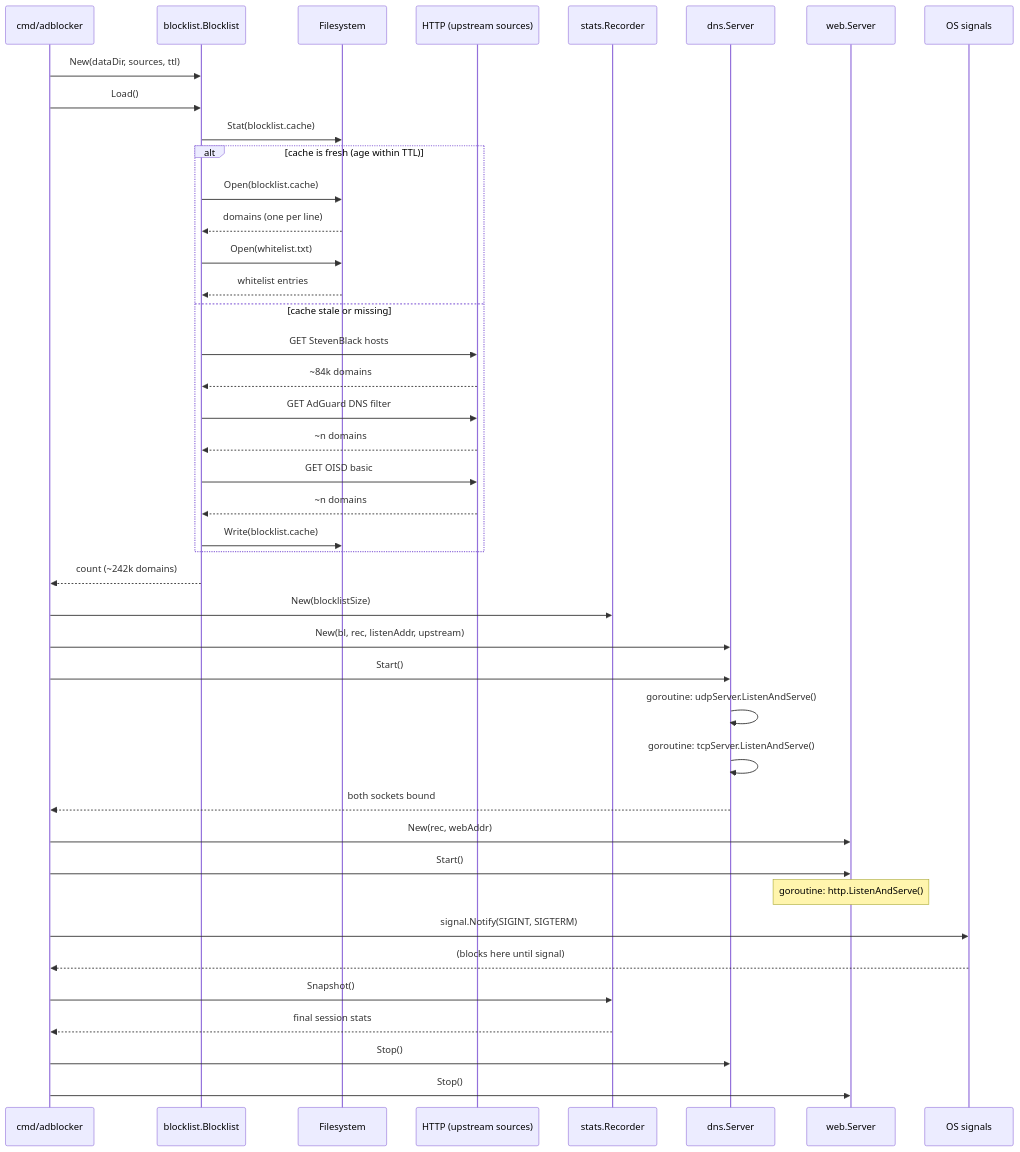
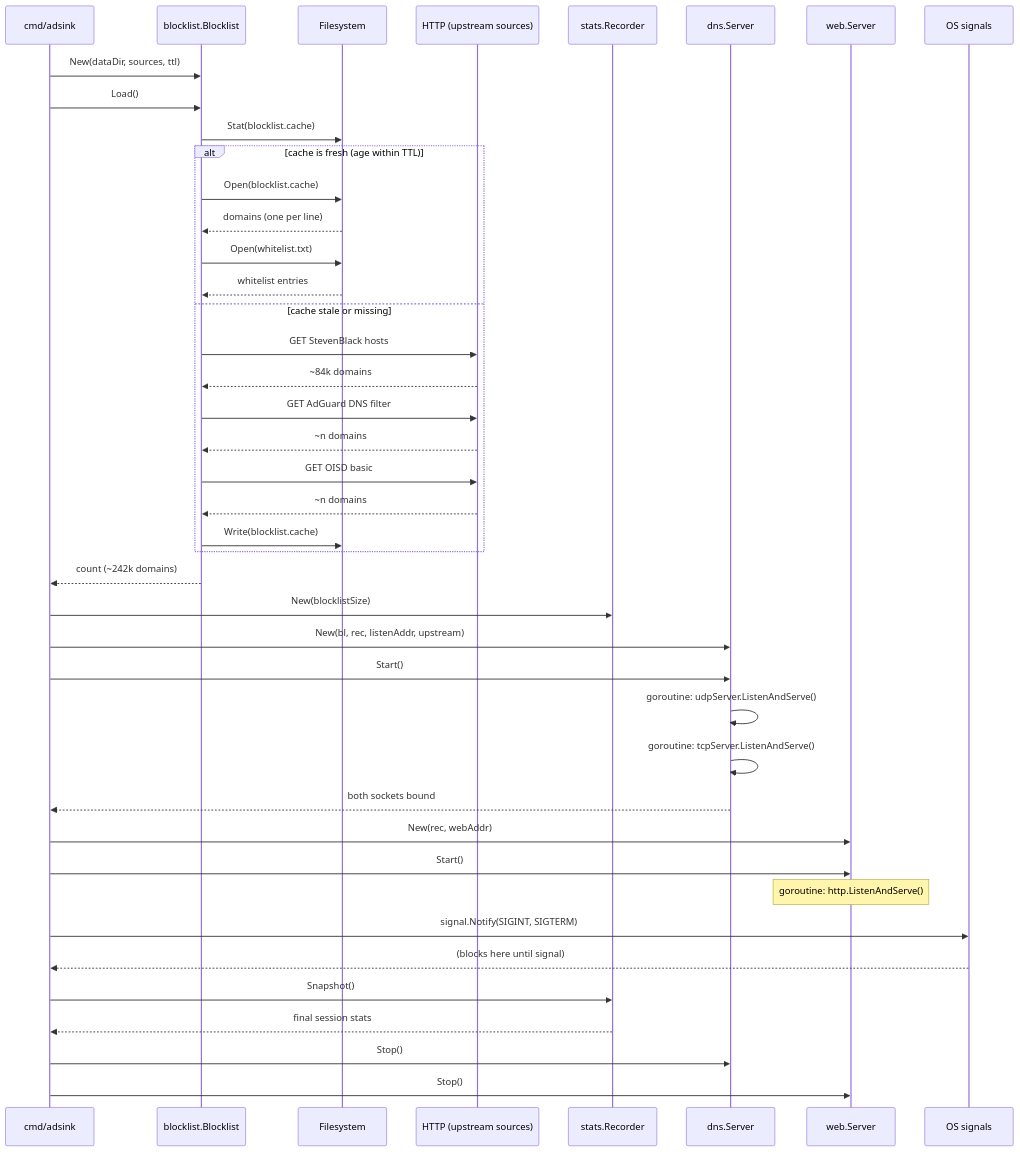
One commit to lucasnobrega98-droid/adsink changed the first of 4 diagrams in ARCHITECTURE.md. Above: the diagram before and after it, drawn with Mermaid. The commit also changed other lines of this file and 10 other files, not shown here.

````diff
--- a/ARCHITECTURE.md
+++ b/ARCHITECTURE.md
@@ -335,49 +335,49 @@
 ```mermaid
 sequenceDiagram
-    participant CLI as cmd/adblocker
+    participant CLI as cmd/adsink
     participant BL as blocklist.Blocklist
     participant FS as Filesystem
     participant Net as HTTP (upstream sources)
     participant REC as stats.Recorder
     participant DNS as dns.Server
     participant WEB as web.Server
     participant Sig as OS signals
 
     CLI->>BL: New(dataDir, sources, ttl)
     CLI->>BL: Load()
     BL->>FS: Stat(blocklist.cache)
     alt cache is fresh (age within TTL)
         BL->>FS: Open(blocklist.cache)
         FS-->>BL: domains (one per line)
         BL->>FS: Open(whitelist.txt)
         FS-->>BL: whitelist entries
     else cache stale or missing
         BL->>Net: GET StevenBlack hosts
         Net-->>BL: ~84k domains
         BL->>Net: GET AdGuard DNS filter
         Net-->>BL: ~n domains
         BL->>Net: GET OISD basic
         Net-->>BL: ~n domains
         BL->>FS: Write(blocklist.cache)
     end
     BL-->>CLI: count (~242k domains)
 
     CLI->>REC: New(blocklistSize)
     CLI->>DNS: New(bl, rec, listenAddr, upstream)
     CLI->>DNS: Start()
     DNS->>DNS: goroutine: udpServer.ListenAndServe()
     DNS->>DNS: goroutine: tcpServer.ListenAndServe()
     DNS-->>CLI: both sockets bound
 
     CLI->>WEB: New(rec, webAddr)
     CLI->>WEB: Start()
     Note over WEB: goroutine: http.ListenAndServe()
 
     CLI->>Sig: signal.Notify(SIGINT, SIGTERM)
     Sig-->>CLI: (blocks here until signal)
 
     CLI->>REC: Snapshot()
     REC-->>CLI: final session stats
     CLI->>DNS: Stop()
     CLI->>WEB: Stop()
 ```
````
